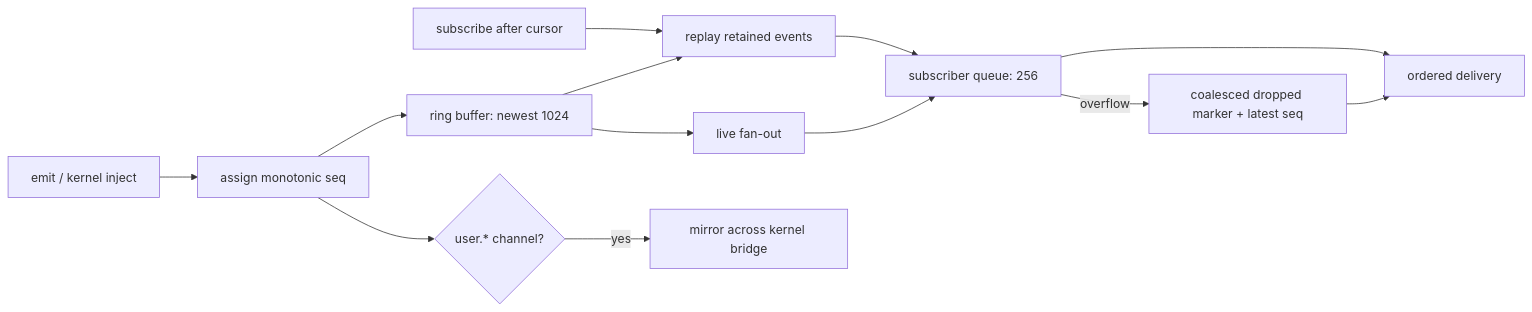
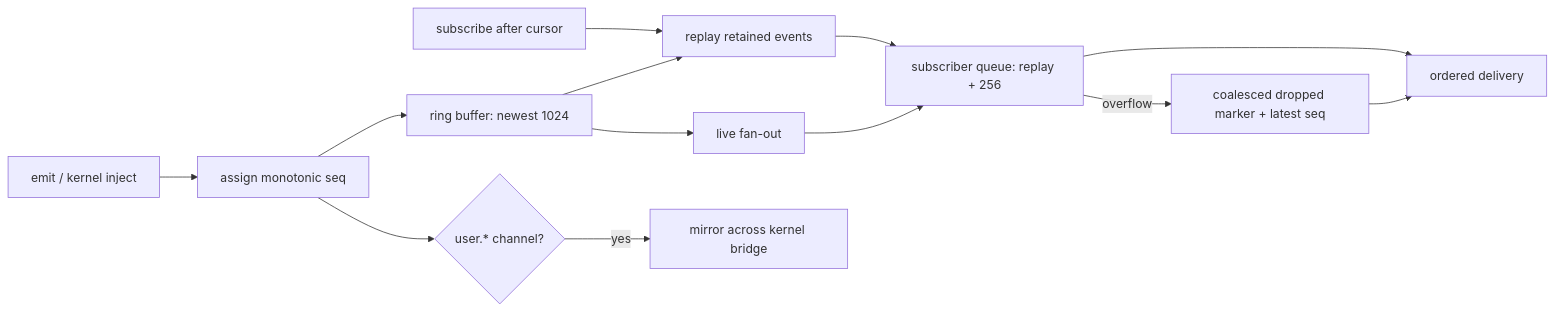
One commit to alliecatowo/shoal changed the fifth of 5 diagrams in site/content/internals/streams-channels.md. Above: the diagram before and after it, drawn with Mermaid. The commit also changed other lines of this file and 3 other files, not shown here.

````diff
--- a/site/content/internals/streams-channels.md
+++ b/site/content/internals/streams-channels.md
@@ -316,17 +321,17 @@
 ```mermaid
 flowchart LR
 accTitle: EventBus buffering, replay, and delivery
 accDescr: Published events receive sequence numbers, enter a bounded replay ring, and fan out through bounded subscriber queues that report drops and support cursor-based replay.
   Emit["emit / kernel inject"] --> Seq["assign monotonic seq"]
   Seq --> Ring["ring buffer: newest 1024"]
   Cursor["subscribe after cursor"] --> Replay["replay retained events"]
   Ring --> Replay
   Ring --> Fanout["live fan-out"]
-  Replay --> Queue["subscriber queue: 256"]
+  Replay --> Queue["subscriber queue: replay + 256"]
   Fanout --> Queue
   Queue --> Delivery["ordered delivery"]
   Queue -->|overflow| Drop["coalesced dropped marker + latest seq"]
   Drop --> Delivery
   Seq --> User{"user.* channel?"}
   User -->|yes| Kernel["mirror across kernel bridge"]
 ```
````
